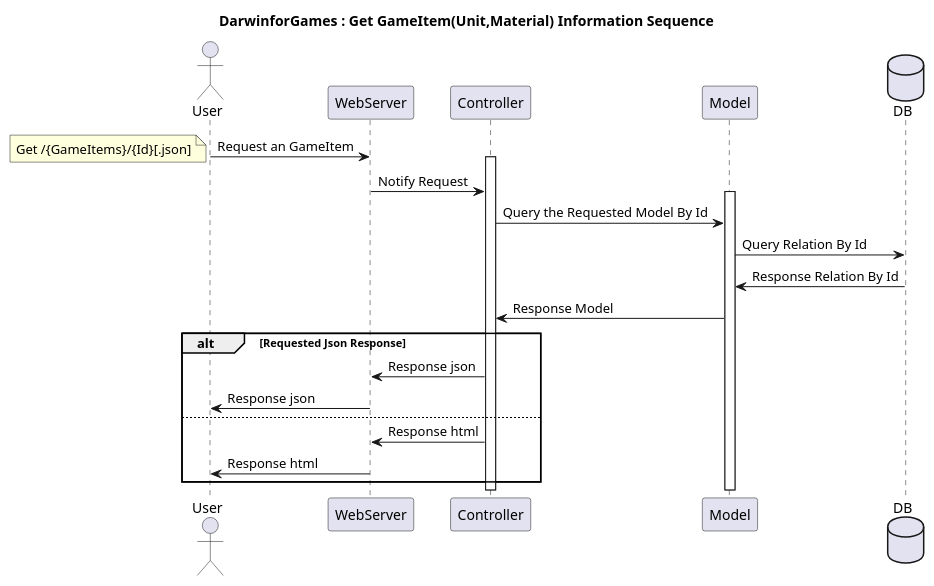
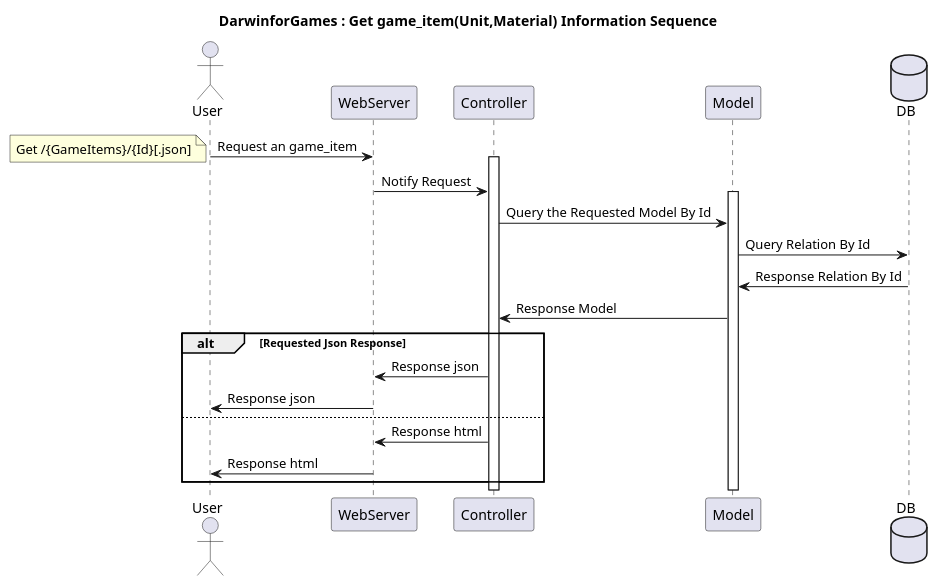
One commit to mmc-dev/DarwinforGames changed the first of 2 diagrams in documents/DarwinforGamesUMLDiagrams.md. Above: the diagram before and after it, drawn with PlantUML. The commit also changed other lines of this file, not shown here.

Commit message:
doc:add ERDiagram

````diff
--- a/documents/DarwinforGamesUMLDiagrams.md
+++ b/documents/DarwinforGamesUMLDiagrams.md
@@ -5,34 +7,34 @@
 ```puml
-@startuml
-title DarwinforGames : Get GameItem(Unit,Material) Information Sequence
+@startuml {GetGameItemInformationSequence.png}
+title DarwinforGames : Get game_item(Unit,Material) Information Sequence
 
 actor User
 
-User -> WebServer : Request an GameItem
+User -> WebServer : Request an game_item
 
 note left:Get /{GameItems}/{Id}[.json]
 
 activate Controller
 
 WebServer -> Controller : Notify Request
 
 activate Model
 database DB
 
 Controller -> Model : Query the Requested Model By Id
 
 Model -> DB : Query Relation By Id
 
 DB -> Model : Response Relation By Id
 
 Model -> Controller : Response Model
 
 alt Requested Json Response
     Controller -> WebServer : Response json
     WebServer -> User : Response json
 else
     Controller -> WebServer : Response html
     WebServer -> User : Response html
 end
 @enduml
 ```
````
